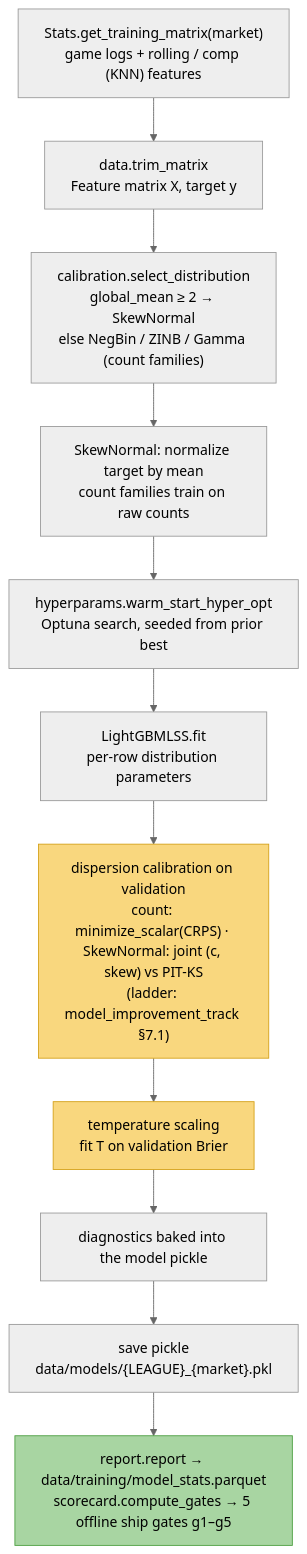
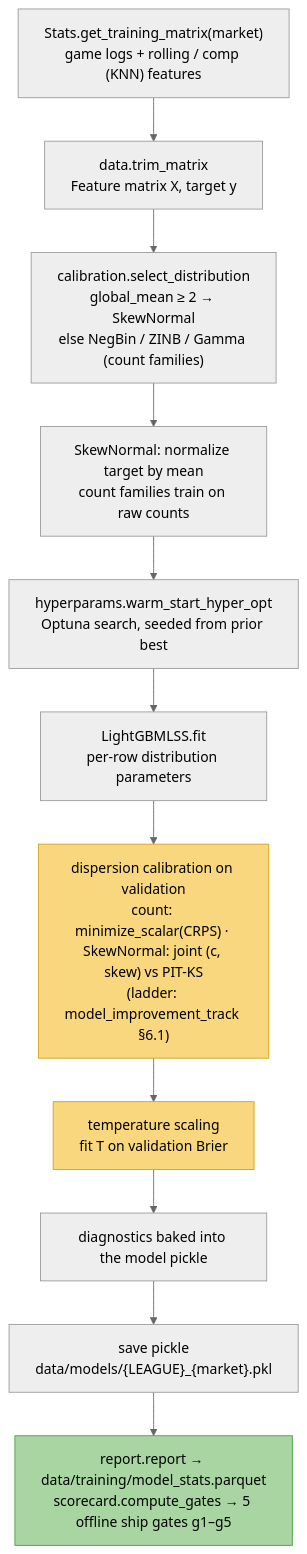
The first of 2 diagrams in docs/pipeline_diagrams.md (tjjerome/Sportstradamus), drawn with Mermaid (neutral theme) before and after one commit. The commit also changed other lines of this file and 14 other files, not shown here.

````diff
--- a/docs/pipeline_diagrams.md
+++ b/docs/pipeline_diagrams.md
@@ -11,17 +11,17 @@
 ```mermaid
 flowchart TD
     A["Stats.get_training_matrix(market)<br/>game logs + rolling / comp (KNN) features"] --> B["data.trim_matrix<br/>Feature matrix X, target y"]
     B --> C["calibration.select_distribution<br/>global_mean ≥ 2 → SkewNormal<br/>else NegBin / ZINB / Gamma (count families)"]
     C --> D["SkewNormal: normalize target by mean<br/>count families train on raw counts"]
     D --> E["hyperparams.warm_start_hyper_opt<br/>Optuna search, seeded from prior best"]
     E --> F["LightGBMLSS.fit<br/>per-row distribution parameters"]
-    F --> G["dispersion calibration on validation<br/>count: minimize_scalar(CRPS) · SkewNormal: joint (c, skew) vs PIT-KS<br/>(ladder: model_improvement_track §7.1)"]
+    F --> G["dispersion calibration on validation<br/>count: minimize_scalar(CRPS) · SkewNormal: joint (c, skew) vs PIT-KS<br/>(ladder: model_improvement_track §6.1)"]
     G --> H["temperature scaling<br/>fit T on validation Brier"]
     H --> I["diagnostics baked into the model pickle"]
     I --> J["save pickle<br/>data/models/{LEAGUE}_{market}.pkl"]
     J --> K["report.report → data/training/model_stats.parquet<br/>scorecard.compute_gates → 5 offline ship gates g1–g5"]
 
     style G fill:#f9d77e,stroke:#d4a017
     style H fill:#f9d77e,stroke:#d4a017
     style K fill:#a8d5a2,stroke:#4a9e3f
 ```
````
